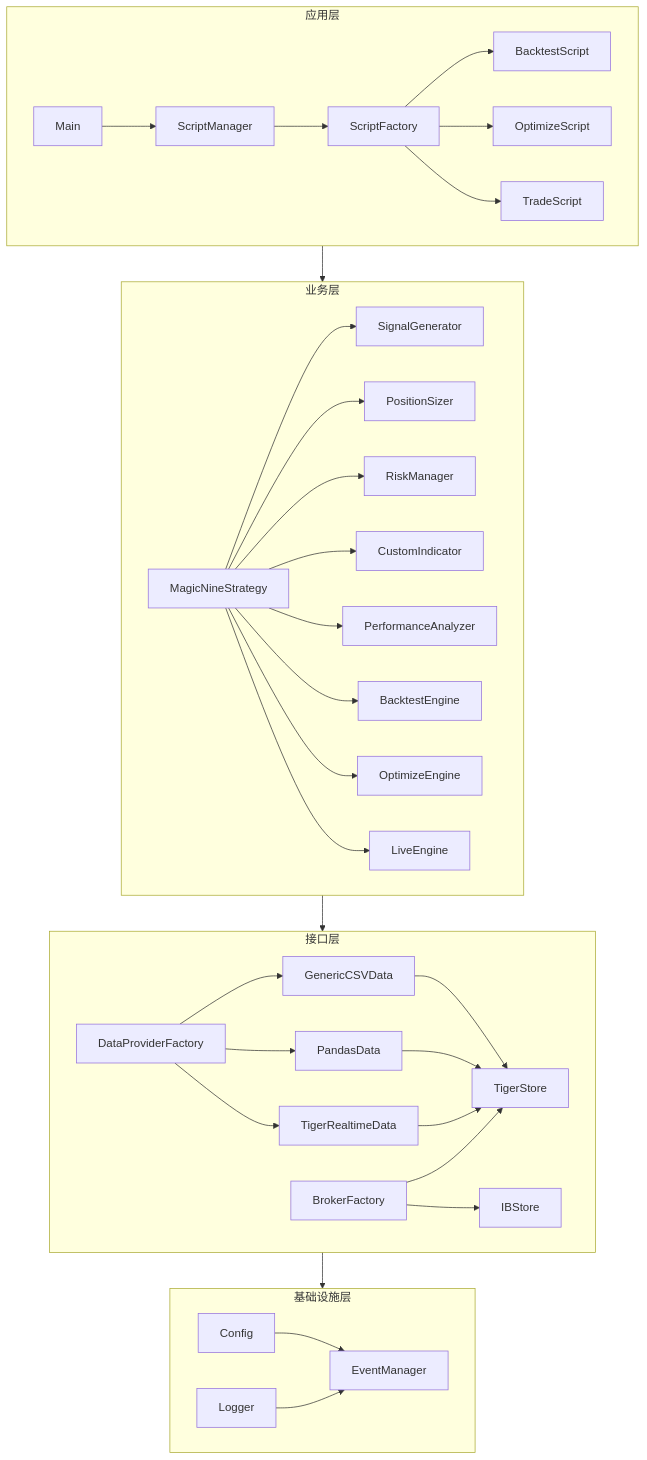
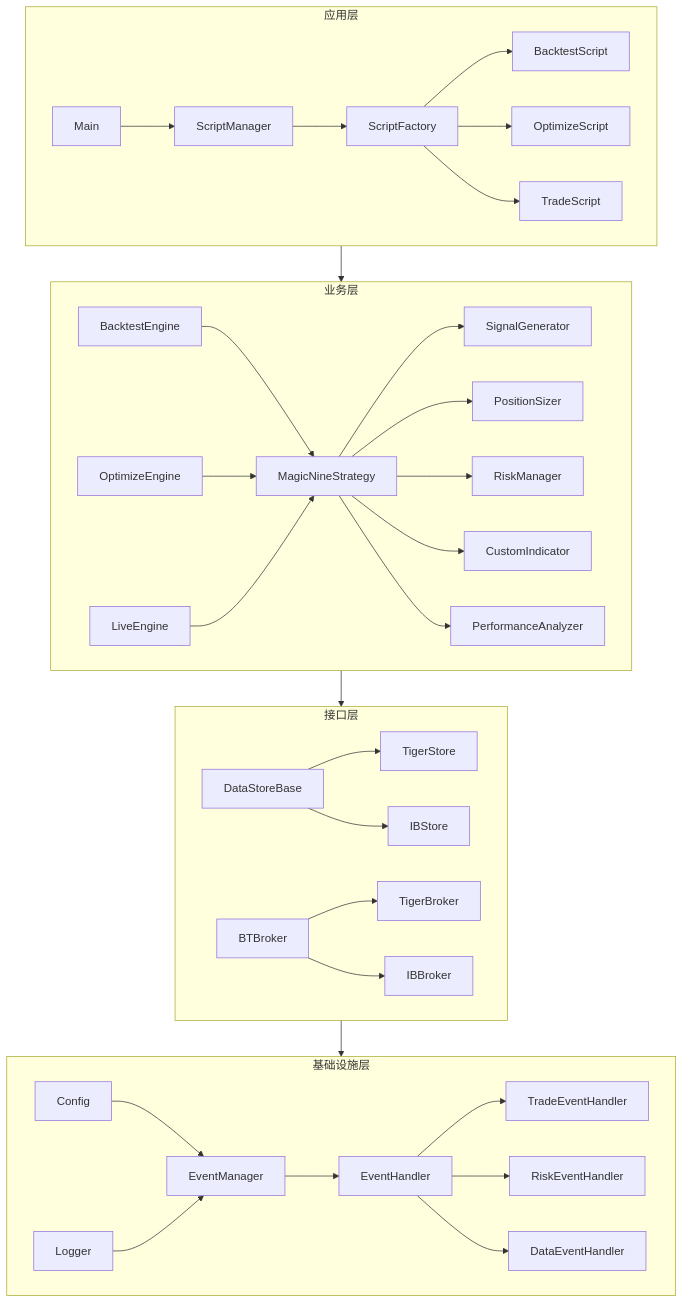
Before and after one commit to xinlee0113/nine_turn_strategy: the first of 5 diagrams in architecture_diagram.md, drawn with Mermaid. The commit also changed other lines of this file, not shown here.

````diff
--- a/architecture_diagram.md
+++ b/architecture_diagram.md
@@ -170,79 +188,82 @@
 ```mermaid
 graph TD
     %% 应用层
     subgraph 应用层
     A1[Main]
     A2[ScriptManager]
     A3[ScriptFactory]
     A4[BacktestScript]
     A5[OptimizeScript]
     A6[TradeScript]
     end
     
     %% 业务层
     subgraph 业务层
     B1[MagicNineStrategy]
     B2[SignalGenerator]
     B3[PositionSizer]
     B4[RiskManager]
     B5[CustomIndicator]
     B6[PerformanceAnalyzer]
     B7[BacktestEngine]
     B8[OptimizeEngine]
     B9[LiveEngine]
     end
     
     %% 接口层
     subgraph 接口层
-    C1[BrokerFactory]
-    C2[DataProviderFactory]
-    C3[TigerStore]
-    C4[IBStore]
-    C5[PandasData]
-    C6[GenericCSVData]
-    C7[TigerRealtimeData]
+    C1[DataStoreBase]
+    C2[TigerStore]
+    C3[IBStore]
+    C4[BTBroker]
+    C5[TigerBroker]
+    C6[IBBroker]
     end
     
     %% 基础设施层
     subgraph 基础设施层
     D1[Config]
     D2[Logger]
     D3[EventManager]
+    D4[EventHandler]
+    D5[TradeEventHandler]
+    D6[RiskEventHandler]
+    D7[DataEventHandler]
     end
     
     %% 依赖关系
     应用层 --> 业务层
     业务层 --> 接口层
     接口层 --> 基础设施层
     
     %% 应用层内部关系
     A1 --> A2
     A2 --> A3
     A3 --> A4
     A3 --> A5
     A3 --> A6
     
     %% 业务层内部关系
     B1 --> B2
     B1 --> B3
     B1 --> B4
     B1 --> B5
     B1 --> B6
-    B1 --> B7
-    B1 --> B8
-    B1 --> B9
+    B7 --> B1
+    B8 --> B1
+    B9 --> B1
     
     %% 接口层内部关系
+    C1 --> C2
     C1 --> C3
-    C1 --> C4
-    C2 --> C5
-    C2 --> C6
-    C2 --> C7
-    C7 --> C3
-    C5 --> C3
-    C6 --> C3
+    C4 --> C5
+    C4 --> C6
     
     %% 基础设施层内部关系
+    D3 --> D4
+    D4 --> D5
+    D4 --> D6
+    D4 --> D7
     D1 --> D3
     D2 --> D3
 ```
````
